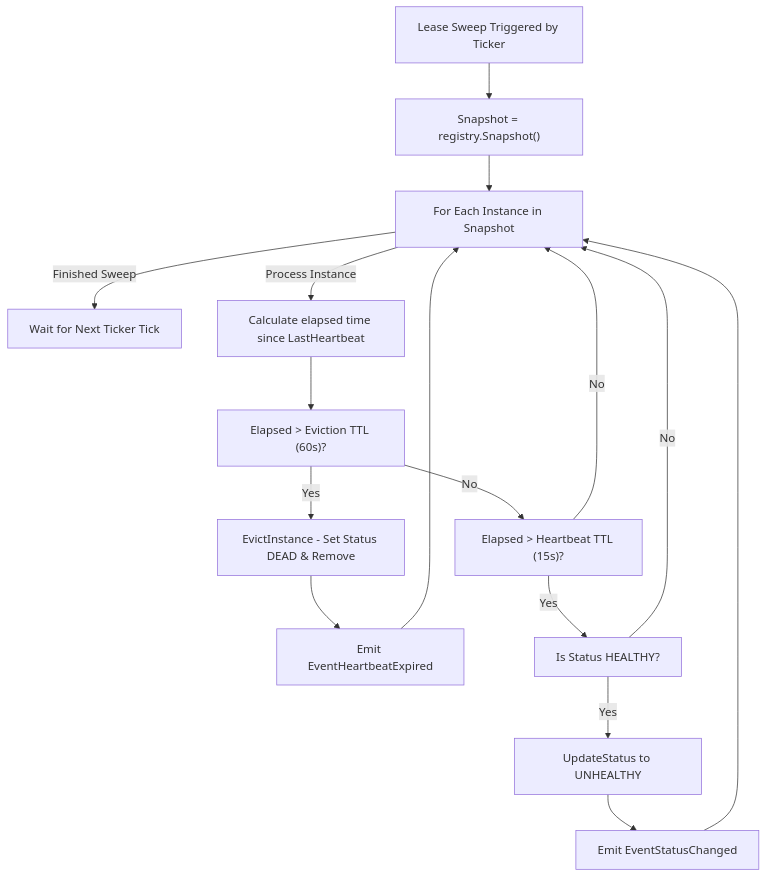
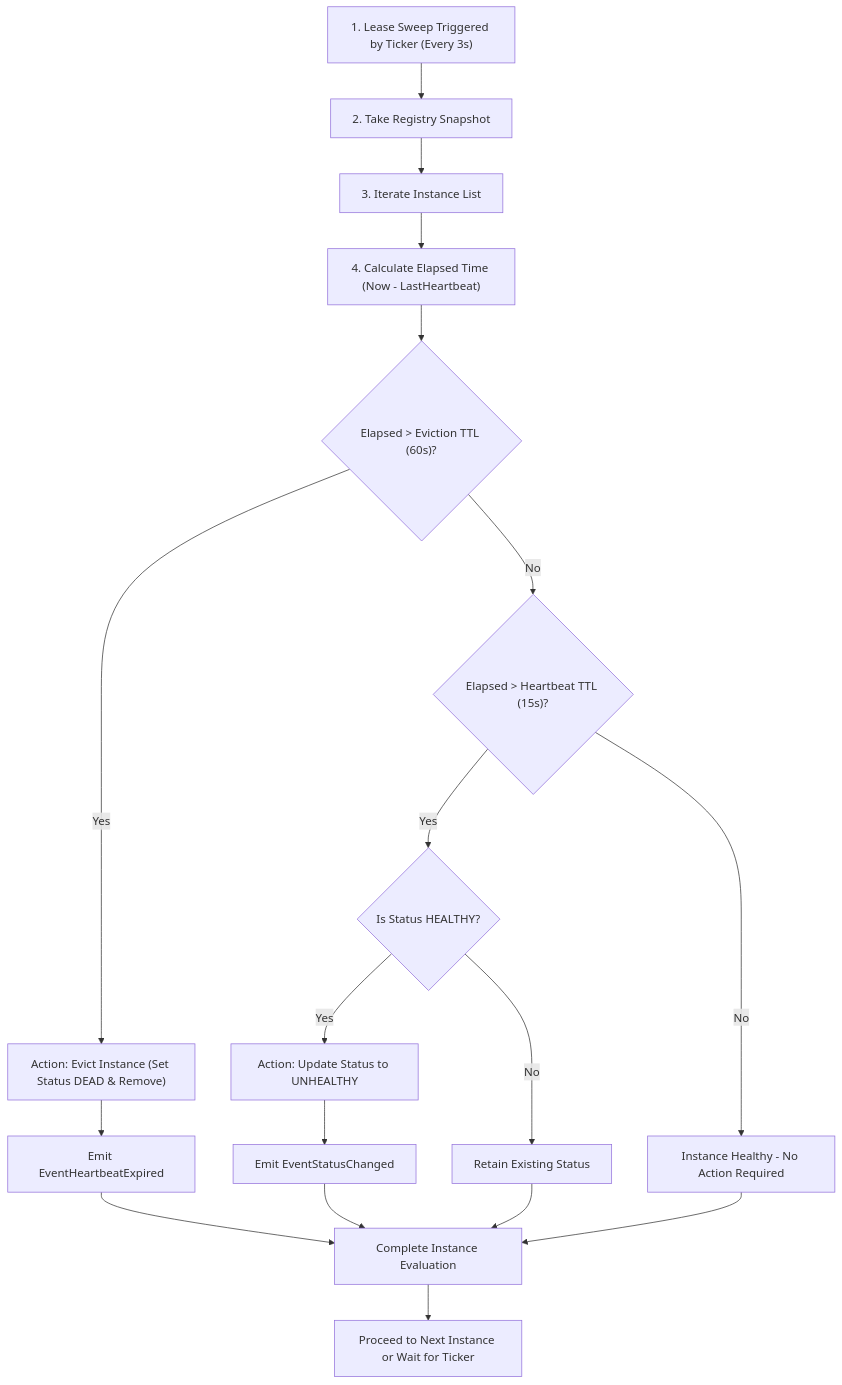
One commit to Chief-Strategist-J/llm-observability-platform changed the fourth of 6 diagrams in packages/configs/llm-obs-infra/docs/architectureDoc/adr-0009-service-registry-and-discovery.md. Above: the diagram before and after it, drawn with Mermaid. The commit also changed other lines of this file, not shown here.

Commit message:
fix(docs): refactor lease sweep flowchart to pure DAG in ADR-0009 to fix Dagre distance rendering error

````diff
--- a/packages/configs/llm-obs-infra/docs/architectureDoc/adr-0009-service-registry-and-discovery.md
+++ b/packages/configs/llm-obs-infra/docs/architectureDoc/adr-0009-service-registry-and-discovery.md
@@ -363,20 +363,25 @@
 ```mermaid
 graph TD
-    Start["Lease Sweep Triggered by Ticker"] --> TakeSnapshot["Snapshot = registry.Snapshot()"]
-    TakeSnapshot --> LoopInstances["For Each Instance in Snapshot"]
+    Step1["1. Lease Sweep Triggered by Ticker (Every 3s)"] --> Step2["2. Take Registry Snapshot"]
+    Step2 --> Step3["3. Iterate Instance List"]
+    Step3 --> Step4["4. Calculate Elapsed Time (Now - LastHeartbeat)"]
     
-    LoopInstances -->|"Finished Sweep"| End["Wait for Next Ticker Tick"]
-    LoopInstances -->|"Process Instance"| CalcElapsed["Calculate elapsed time since LastHeartbeat"]
+    Step4 --> Check1{"Elapsed > Eviction TTL (60s)?"}
+    Check1 -->|Yes| Action1["Action: Evict Instance (Set Status DEAD & Remove)"]
+    Action1 --> Event1["Emit EventHeartbeatExpired"]
     
-    CalcElapsed --> CheckEviction["Elapsed > Eviction TTL (60s)?"]
-    CheckEviction -->|"Yes"| Evict["EvictInstance - Set Status DEAD & Remove"]
-    Evict --> EmitEvictEvent["Emit EventHeartbeatExpired"] --> LoopInstances
+    Check1 -->|No| Check2{"Elapsed > Heartbeat TTL (15s)?"}
+    Check2 -->|Yes| Check3{"Is Status HEALTHY?"}
+    Check3 -->|Yes| Action2["Action: Update Status to UNHEALTHY"]
+    Action2 --> Event2["Emit EventStatusChanged"]
     
-    CheckEviction -->|"No"| CheckTTL["Elapsed > Heartbeat TTL (15s)?"]
-    CheckTTL -->|"Yes"| CheckHealthy["Is Status HEALTHY?"]
-    CheckHealthy -->|"Yes"| MarkUnhealthy["UpdateStatus to UNHEALTHY"]
-    MarkUnhealthy --> EmitStatusEvent["Emit EventStatusChanged"] --> LoopInstances
-    CheckHealthy -->|"No"| LoopInstances
+    Check3 -->|No| Skip1["Retain Existing Status"]
+    Check2 -->|No| Skip2["Instance Healthy - No Action Required"]
     
-    CheckTTL -->|"No"| LoopInstances
+    Event1 --> Finish["Complete Instance Evaluation"]
+    Event2 --> Finish
+    Skip1 --> Finish
+    Skip2 --> Finish
+    
+    Finish --> Next["Proceed to Next Instance or Wait for Ticker"]
 ```
````
